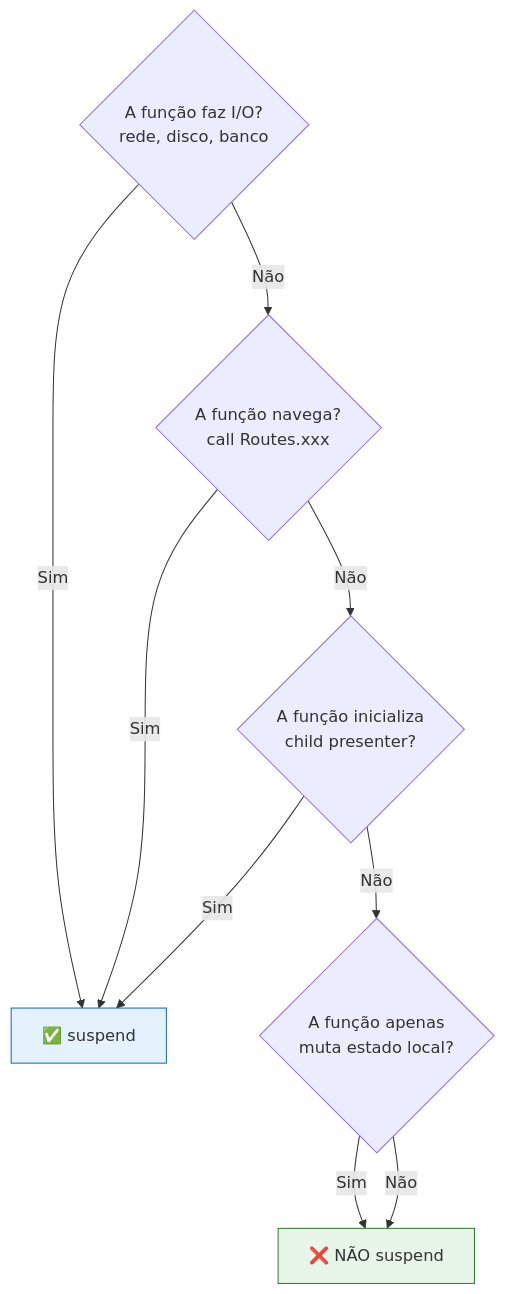
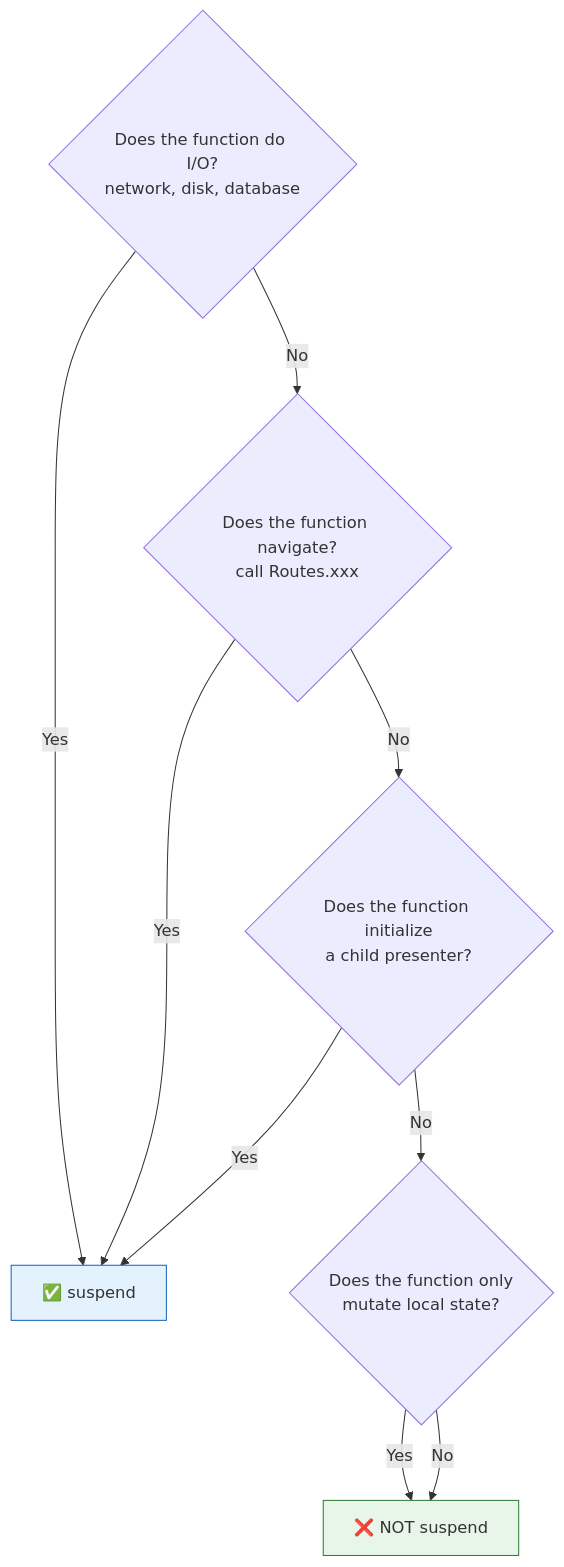
Diagram 16 of 19 in docs/architecture-cube.md (mrcdom/wdc-cube-kotlin), drawn with Mermaid before and after one commit. The commit also changed other lines of this file and 10 other files, not shown here.

First line of the commit message:
docs: architecture docs and top-level READMEs in US English

````diff
--- a/docs/architecture-cube.md
+++ b/docs/architecture-cube.md
@@ -833,19 +833,19 @@
 ```mermaid
 flowchart TD
-    Q1{A função faz I/O?\nrede, disco, banco}
-    Q2{A função navega?\ncall Routes.xxx}
-    Q3{A função inicializa\nchild presenter?}
-    Q4{A função apenas\nmuta estado local?}
+    Q1{Does the function do I/O?\nnetwork, disk, database}
+    Q2{Does the function navigate?\ncall Routes.xxx}
+    Q3{Does the function initialize\na child presenter?}
+    Q4{Does the function only\nmutate local state?}
 
-    Q1 -->|Sim| SUSPEND["✅ suspend"]
-    Q1 -->|Não| Q2
-    Q2 -->|Sim| SUSPEND
-    Q2 -->|Não| Q3
-    Q3 -->|Sim| SUSPEND
-    Q3 -->|Não| Q4
-    Q4 -->|Sim| NOSUSPEND["❌ NÃO suspend"]
-    Q4 -->|Não| NOSUSPEND
+    Q1 -->|Yes| SUSPEND["✅ suspend"]
+    Q1 -->|No| Q2
+    Q2 -->|Yes| SUSPEND
+    Q2 -->|No| Q3
+    Q3 -->|Yes| SUSPEND
+    Q3 -->|No| Q4
+    Q4 -->|Yes| NOSUSPEND["❌ NOT suspend"]
+    Q4 -->|No| NOSUSPEND
 
     style SUSPEND fill:#e3f2fd,stroke:#1565c0
     style NOSUSPEND fill:#e8f5e9,stroke:#2e7d32
 ```
````
